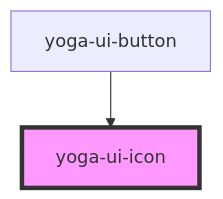
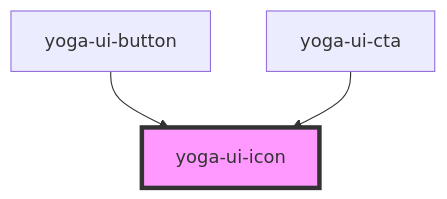
Before and after one commit to daphnesmit/yoga-ui: the diagram in src/components/yoga-ui-icon/readme.md, drawn with Mermaid. The commit also changed other lines of this file and 38 other files, not shown here.

````diff
--- a/src/components/yoga-ui-icon/readme.md
+++ b/src/components/yoga-ui-icon/readme.md
@@ -24,5 +26,6 @@
 ```mermaid
 graph TD;
   yoga-ui-button --> yoga-ui-icon
+  yoga-ui-cta --> yoga-ui-icon
   style yoga-ui-icon fill:#f9f,stroke:#333,stroke-width:4px
 ```
````
